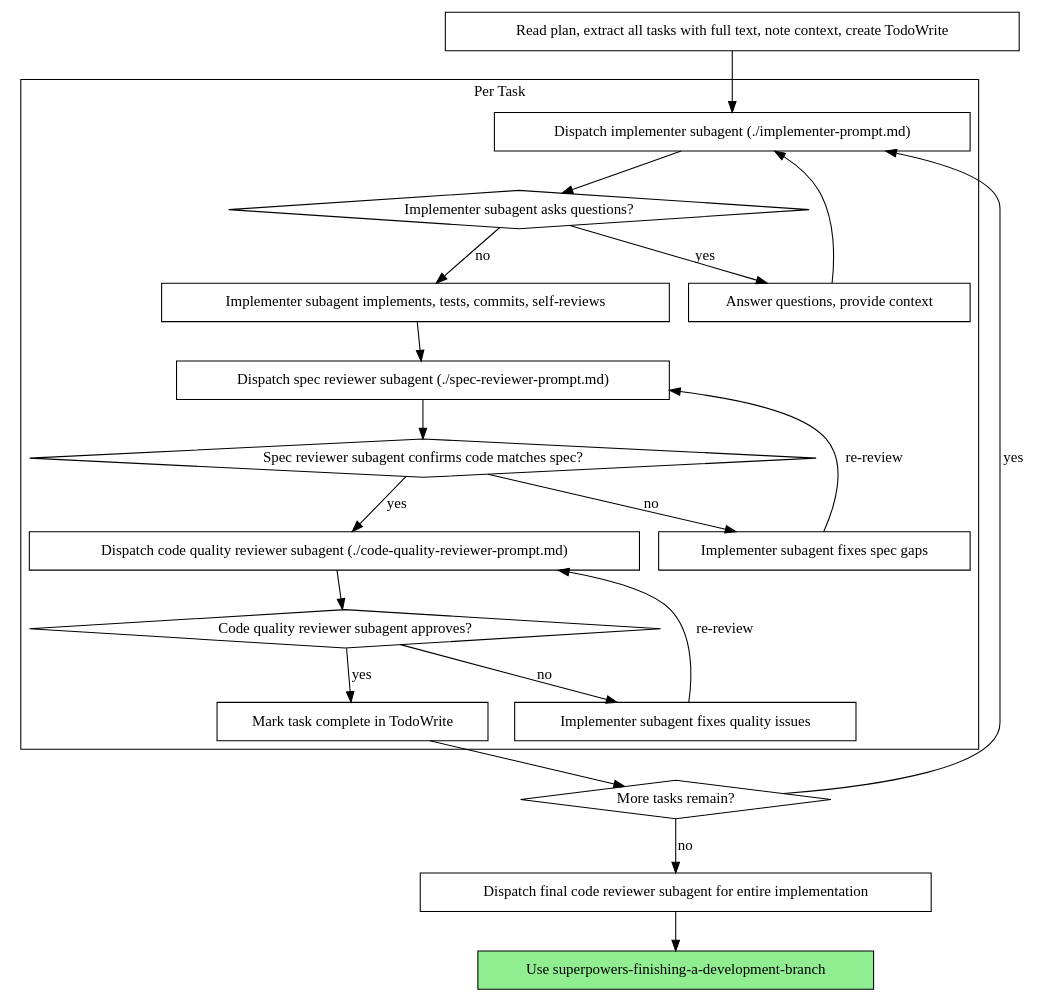
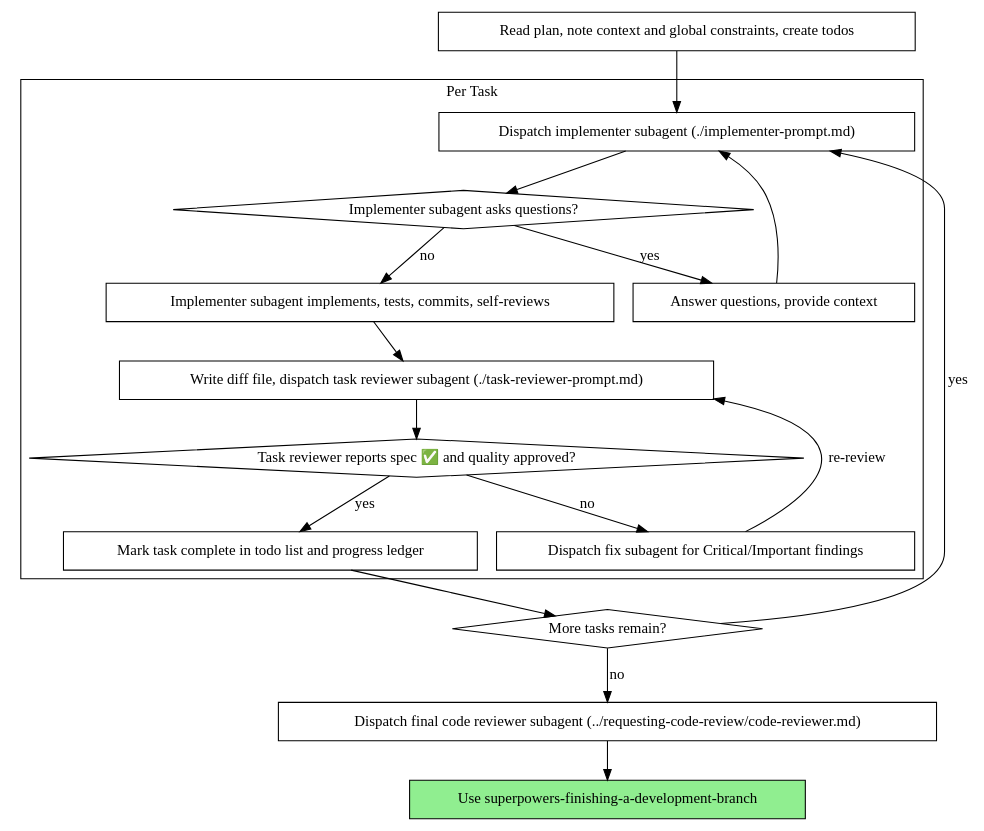
The second of 2 diagrams in .github/skills/superpowers-subagent-driven-development/SKILL.md (pagopa/cloud-strategy.github), drawn with Graphviz before and after one commit. The commit also changed other lines of this file and 82 other files, not shown here.

````diff
--- a/.github/skills/superpowers-subagent-driven-development/SKILL.md
+++ b/.github/skills/superpowers-subagent-driven-development/SKILL.md
@@ -44,44 +47,37 @@
 ```dot
 digraph process {
     rankdir=TB;
 
     subgraph cluster_per_task {
         label="Per Task";
         "Dispatch implementer subagent (./implementer-prompt.md)" [shape=box];
         "Implementer subagent asks questions?" [shape=diamond];
         "Answer questions, provide context" [shape=box];
         "Implementer subagent implements, tests, commits, self-reviews" [shape=box];
-        "Dispatch spec reviewer subagent (./spec-reviewer-prompt.md)" [shape=box];
-        "Spec reviewer subagent confirms code matches spec?" [shape=diamond];
-        "Implementer subagent fixes spec gaps" [shape=box];
-        "Dispatch code quality reviewer subagent (./code-quality-reviewer-prompt.md)" [shape=box];
-        "Code quality reviewer subagent approves?" [shape=diamond];
-        "Implementer subagent fixes quality issues" [shape=box];
-        "Mark task complete in TodoWrite" [shape=box];
+        "Write diff file, dispatch task reviewer subagent (./task-reviewer-prompt.md)" [shape=box];
+        "Task reviewer reports spec ✅ and quality approved?" [shape=diamond];
+        "Dispatch fix subagent for Critical/Important findings" [shape=box];
+        "Mark task complete in todo list and progress ledger" [shape=box];
     }
 
-    "Read plan, extract all tasks with full text, note context, create TodoWrite" [shape=box];
+    "Read plan, note context and global constraints, create todos" [shape=box];
     "More tasks remain?" [shape=diamond];
-    "Dispatch final code reviewer subagent for entire implementation" [shape=box];
+    "Dispatch final code reviewer subagent (../requesting-code-review/code-reviewer.md)" [shape=box];
     "Use superpowers-finishing-a-development-branch" [shape=box style=filled fillcolor=lightgreen];
 
-    "Read plan, extract all tasks with full text, note context, create TodoWrite" -> "Dispatch implementer subagent (./implementer-prompt.md)";
+    "Read plan, note context and global constraints, create todos" -> "Dispatch implementer subagent (./implementer-prompt.md)";
     "Dispatch implementer subagent (./implementer-prompt.md)" -> "Implementer subagent asks questions?";
     "Implementer subagent asks questions?" -> "Answer questions, provide context" [label="yes"];
     "Answer questions, provide context" -> "Dispatch implementer subagent (./implementer-prompt.md)";
     "Implementer subagent asks questions?" -> "Implementer subagent implements, tests, commits, self-reviews" [label="no"];
-    "Implementer subagent implements, tests, commits, self-reviews" -> "Dispatch spec reviewer subagent (./spec-reviewer-prompt.md)";
-    "Dispatch spec reviewer subagent (./spec-reviewer-prompt.md)" -> "Spec reviewer subagent confirms code matches spec?";
-    "Spec reviewer subagent confirms code matches spec?" -> "Implementer subagent fixes spec gaps" [label="no"];
-    "Implementer subagent fixes spec gaps" -> "Dispatch spec reviewer subagent (./spec-reviewer-prompt.md)" [label="re-review"];
-    "Spec reviewer subagent confirms code matches spec?" -> "Dispatch code quality reviewer subagent (./code-quality-reviewer-prompt.md)" [label="yes"];
-    "Dispatch code quality reviewer subagent (./code-quality-reviewer-prompt.md)" -> "Code quality reviewer subagent approves?";
-    "Code quality reviewer subagent approves?" -> "Implementer subagent fixes quality issues" [label="no"];
-    "Implementer subagent fixes quality issues" -> "Dispatch code quality reviewer subagent (./code-quality-reviewer-prompt.md)" [label="re-review"];
-    "Code quality reviewer subagent approves?" -> "Mark task complete in TodoWrite" [label="yes"];
-    "Mark task complete in TodoWrite" -> "More tasks remain?";
+    "Implementer subagent implements, tests, commits, self-reviews" -> "Write diff file, dispatch task reviewer subagent (./task-reviewer-prompt.md)";
+    "Write diff file, dispatch task reviewer subagent (./task-reviewer-prompt.md)" -> "Task reviewer reports spec ✅ and quality approved?";
+    "Task reviewer reports spec ✅ and quality approved?" -> "Dispatch fix subagent for Critical/Important findings" [label="no"];
+    "Dispatch fix subagent for Critical/Important findings" -> "Write diff file, dispatch task reviewer subagent (./task-reviewer-prompt.md)" [label="re-review"];
+    "Task reviewer reports spec ✅ and quality approved?" -> "Mark task complete in todo list and progress ledger" [label="yes"];
+    "Mark task complete in todo list and progress ledger" -> "More tasks remain?";
     "More tasks remain?" -> "Dispatch implementer subagent (./implementer-prompt.md)" [label="yes"];
-    "More tasks remain?" -> "Dispatch final code reviewer subagent for entire implementation" [label="no"];
-    "Dispatch final code reviewer subagent for entire implementation" -> "Use superpowers-finishing-a-development-branch";
+    "More tasks remain?" -> "Dispatch final code reviewer subagent (../requesting-code-review/code-reviewer.md)" [label="no"];
+    "Dispatch final code reviewer subagent (../requesting-code-review/code-reviewer.md)" -> "Use superpowers-finishing-a-development-branch";
 }
 ```
````
